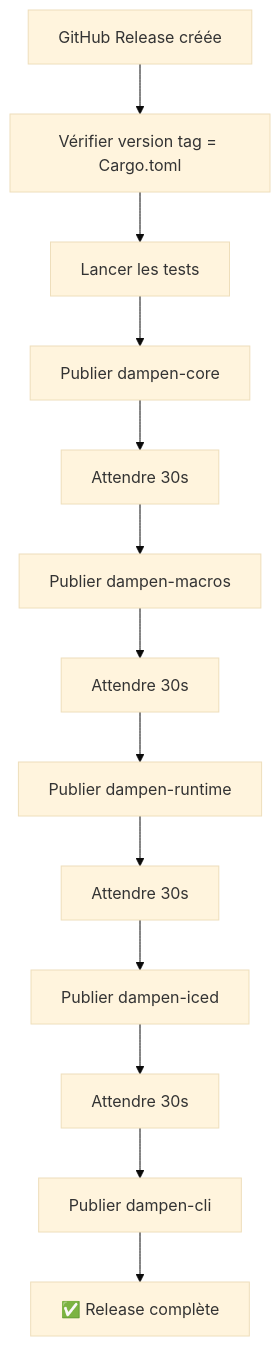
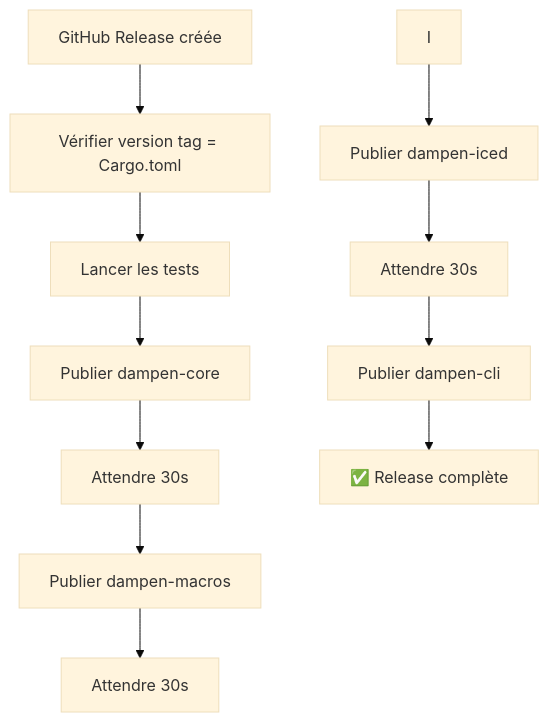
One commit to mattdef/dampen changed the diagram in docs/AUTOMATION.md. Above: the diagram before and after it, drawn with Mermaid (base theme). The commit also changed 34 other files, not shown here.

First line of the commit message:
Remove dampen-runtime crate

````diff
--- a/docs/AUTOMATION.md
+++ b/docs/AUTOMATION.md
@@ -42,15 +42,13 @@
 ```mermaid
 graph TD
     A[GitHub Release créée] --> B[Vérifier version tag = Cargo.toml]
     B --> C[Lancer les tests]
     C --> D[Publier dampen-core]
     D --> E[Attendre 30s]
     E --> F[Publier dampen-macros]
     F --> G[Attendre 30s]
-    G --> H[Publier dampen-runtime]
-    H --> I[Attendre 30s]
     I --> J[Publier dampen-iced]
     J --> K[Attendre 30s]
     K --> L[Publier dampen-cli]
     L --> M[✅ Release complète]
 ```
````
